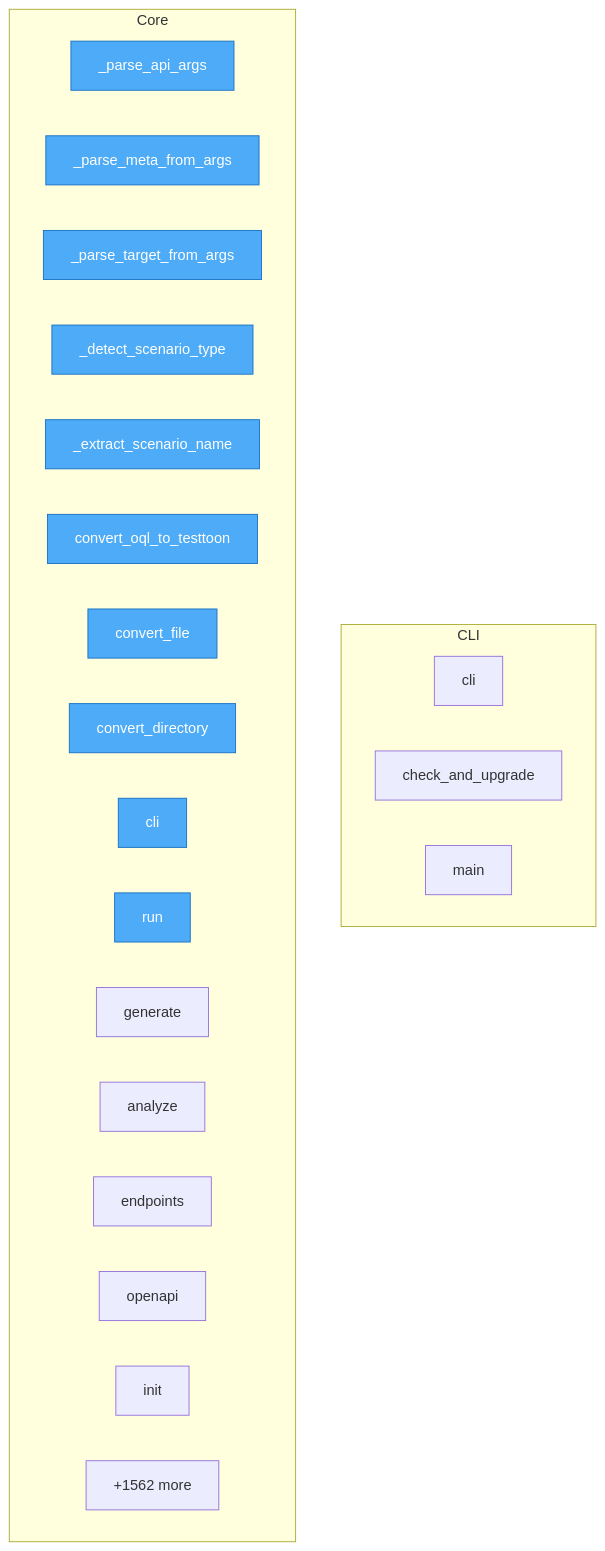
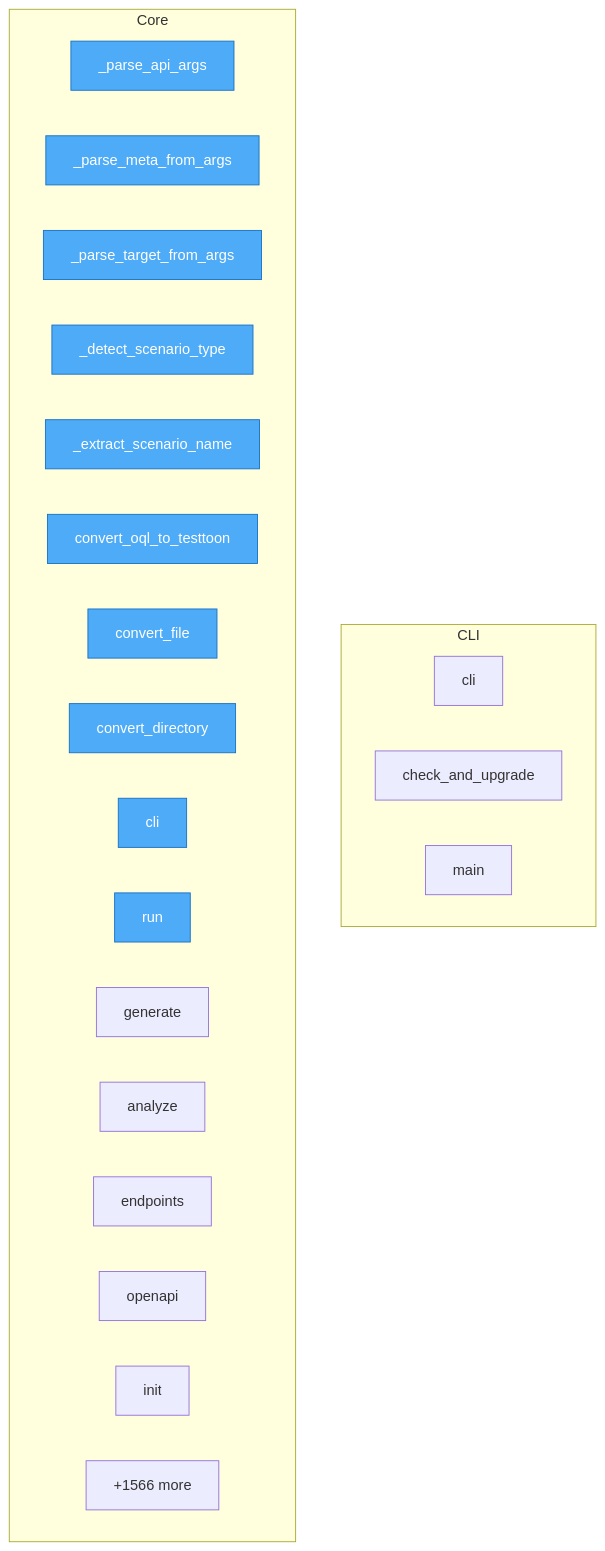
The diagram in project/flow.mmd (oqlos/testql), drawn with Mermaid before and after one commit. The commit also changed 55 other files, not shown here.

```diff
--- a/project/flow.mmd
+++ b/project/flow.mmd
@@ -1,31 +1,31 @@
 flowchart TD
 
     %% Entry points (blue)
     classDef entry fill:#4dabf7,stroke:#1971c2,color:#fff
 
     subgraph CLI
         testql__cli__cli["cli"]
         testql__cli__check_and_upgrade["check_and_upgrade"]
         testql__cli__main["main"]
     end
 
     subgraph Core
         code2llm_output__map__toon___parse_api_args["_parse_api_args"]
         code2llm_output__map__toon___parse_meta_from_args["_parse_meta_from_args"]
         code2llm_output__map__toon___parse_target_from_args["_parse_target_from_args"]
         code2llm_output__map__toon___detect_scenario_type["_detect_scenario_type"]
         code2llm_output__map__toon___extract_scenario_name["_extract_scenario_name"]
         code2llm_output__map__toon__convert_oql_to_testtoon["convert_oql_to_testtoon"]
         code2llm_output__map__toon__convert_file["convert_file"]
         code2llm_output__map__toon__convert_directory["convert_directory"]
         code2llm_output__map__toon__cli["cli"]
         code2llm_output__map__toon__run["run"]
         code2llm_output__map__toon__generate["generate"]
         code2llm_output__map__toon__analyze["analyze"]
         code2llm_output__map__toon__endpoints["endpoints"]
         code2llm_output__map__toon__openapi["openapi"]
         code2llm_output__map__toon__init["init"]
-        ...["+1562 more"]
+        ...["+1566 more"]
     end
 
     class code2llm_output__map__toon___parse_api_args,code2llm_output__map__toon___parse_meta_from_args,code2llm_output__map__toon___parse_target_from_args,code2llm_output__map__toon___detect_scenario_type,code2llm_output__map__toon___extract_scenario_name,code2llm_output__map__toon__convert_oql_to_testtoon,code2llm_output__map__toon__convert_file,code2llm_output__map__toon__convert_directory,code2llm_output__map__toon__cli,code2llm_output__map__toon__run entry
```
